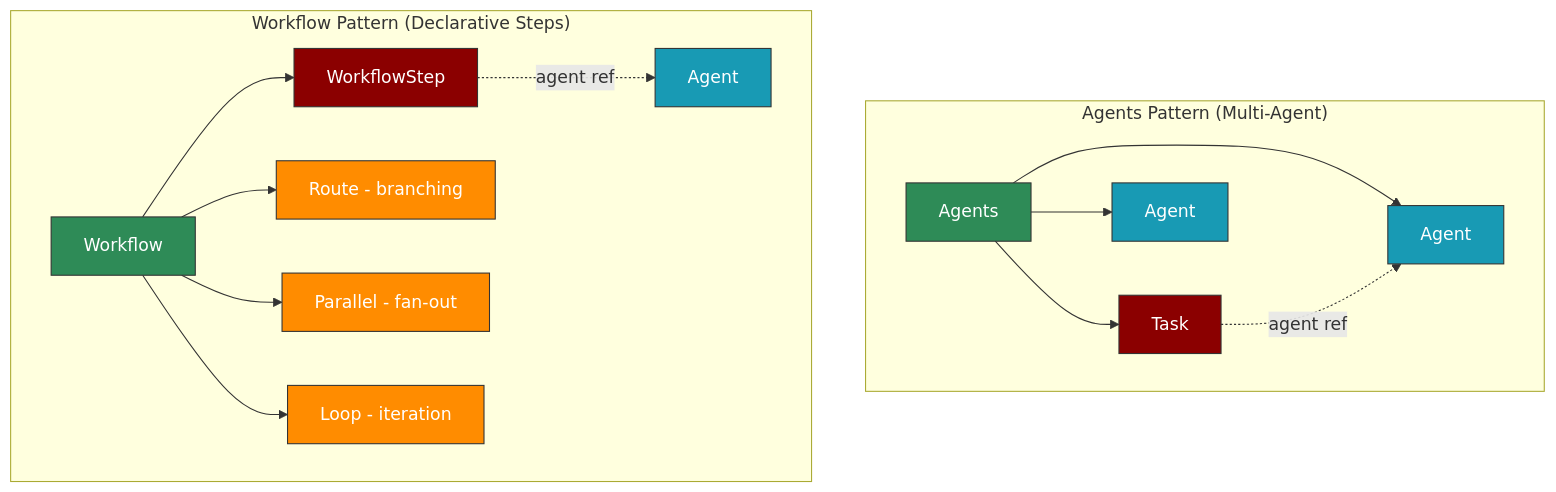
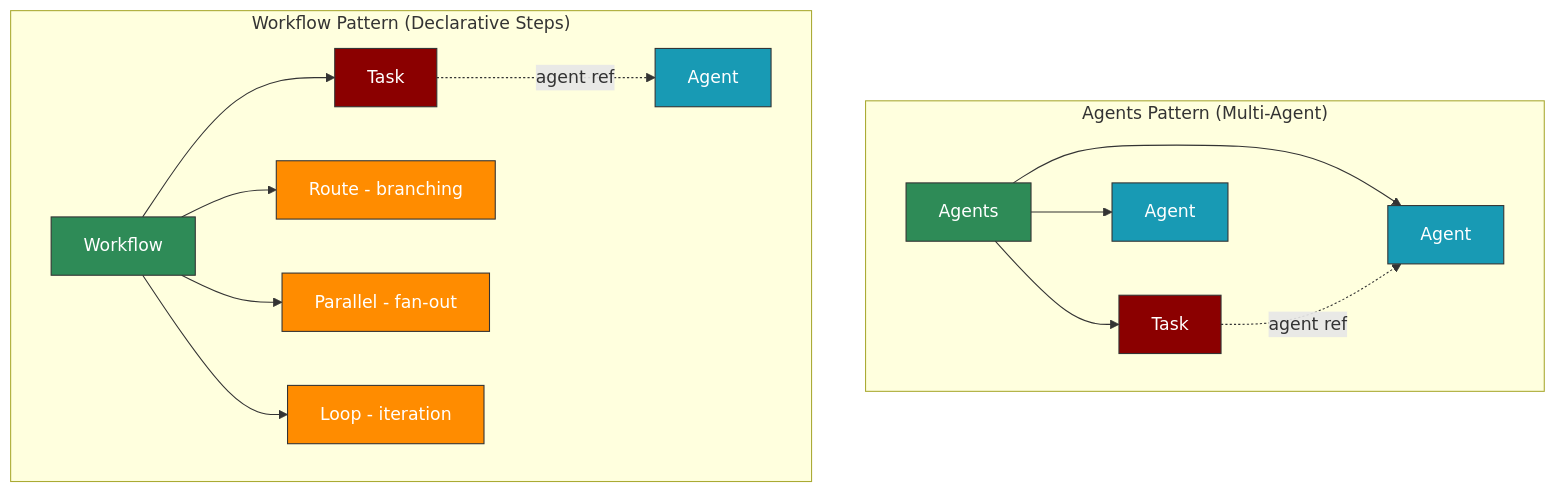
The second of 2 diagrams in docs/features/workflows.mdx (MervinPraison/PraisonAIDocs), drawn with Mermaid before and after one commit. The commit also changed other lines of this file and 255 other files, not shown here.

````diff
--- a/docs/features/workflows.mdx
+++ b/docs/features/workflows.mdx
@@ -1151,29 +1207,29 @@
 ```mermaid
 graph TB
     subgraph "Agents Pattern (Multi-Agent)"
         AGENTS[Agents]
         AGENTS --> AGENT1[Agent]
         AGENTS --> TASK[Task]
         TASK -.->|agent ref| AGENT1
         AGENTS --> AGENT2[Agent]
     end
     
     subgraph "Workflow Pattern (Declarative Steps)"
         WORKFLOW[Workflow]
-        WORKFLOW --> STEP[WorkflowStep]
+        WORKFLOW --> STEP[Task]
         STEP -.->|agent ref| AGENT3[Agent]
         WORKFLOW --> ROUTE[Route - branching]
         WORKFLOW --> PARALLEL[Parallel - fan-out]
         WORKFLOW --> LOOP[Loop - iteration]
     end
     
     classDef orchestrator fill:#2E8B57,stroke:#333,color:#fff
     classDef agent fill:#189AB4,stroke:#333,color:#fff
     classDef workitem fill:#8B0000,stroke:#333,color:#fff
     classDef pattern fill:#FF8C00,stroke:#333,color:#fff
     
     class AGENTS,WORKFLOW orchestrator
     class AGENT1,AGENT2,AGENT3 agent
     class TASK,STEP workitem
     class ROUTE,PARALLEL,LOOP pattern
 ```
````
